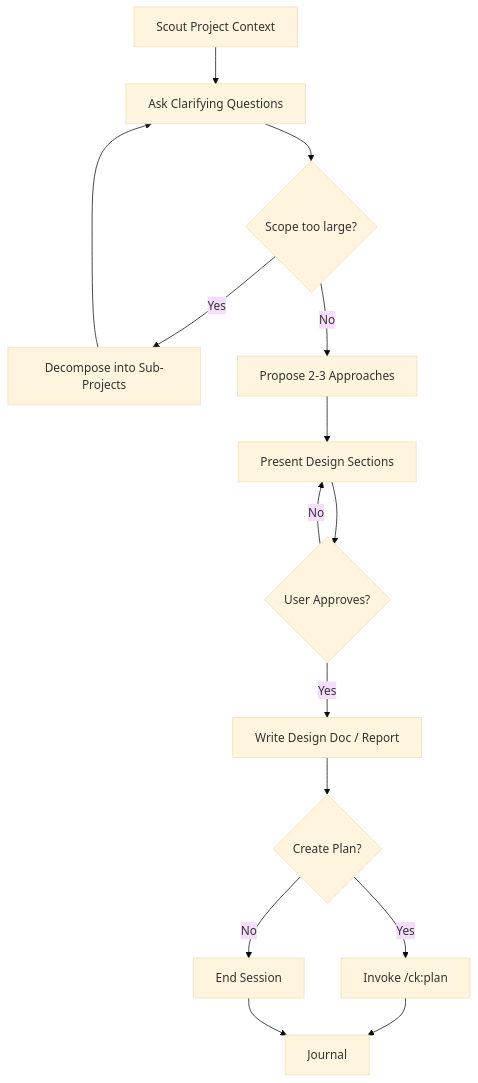
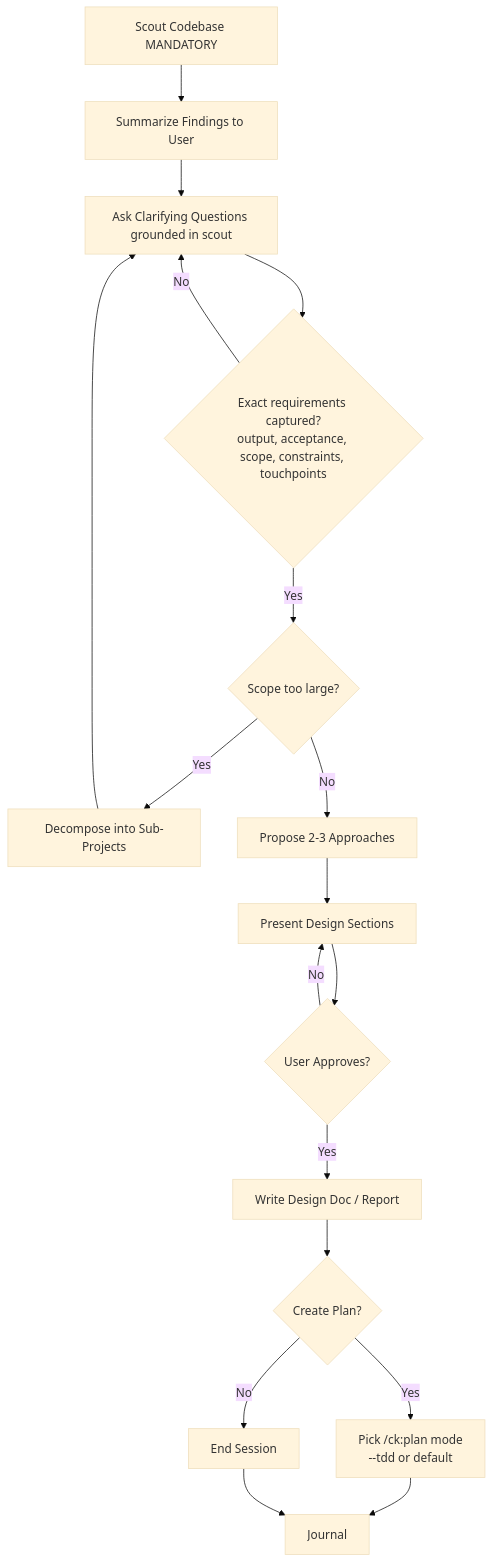
Before and after one commit to duy-tung/claudekit-engineer-codex: the diagram in claude/skills/brainstorm/SKILL.md, drawn with Mermaid (base theme). The commit also changed other lines of this file and 8 other files, not shown here.

Commit message:
feat(skills): enforce scout-first, exact-requirements, and no-side-effects gates (#757)

````diff
--- a/claude/skills/brainstorm/SKILL.md
+++ b/claude/skills/brainstorm/SKILL.md
@@ -67,17 +96,20 @@
 ```mermaid
 flowchart TD
-    A[Scout Project Context] --> B[Ask Clarifying Questions]
-    B --> C{Scope too large?}
+    A[Scout Codebase MANDATORY] --> A2[Summarize Findings to User]
+    A2 --> B[Ask Clarifying Questions grounded in scout]
+    B --> B2{Exact requirements captured?<br/>output, acceptance, scope, constraints, touchpoints}
+    B2 -->|No| B
+    B2 -->|Yes| C{Scope too large?}
     C -->|Yes| D[Decompose into Sub-Projects]
     D --> B
     C -->|No| E[Propose 2-3 Approaches]
     E --> F[Present Design Sections]
     F --> G{User Approves?}
     G -->|No| F
     G -->|Yes| H[Write Design Doc / Report]
     H --> I{Create Plan?}
-    I -->|Yes| J[Invoke /ck:plan]
+    I -->|Yes| J[Pick /ck:plan mode<br/>--tdd or default]
     I -->|No| K[End Session]
     J --> L[Journal]
     K --> L
 ```
````
